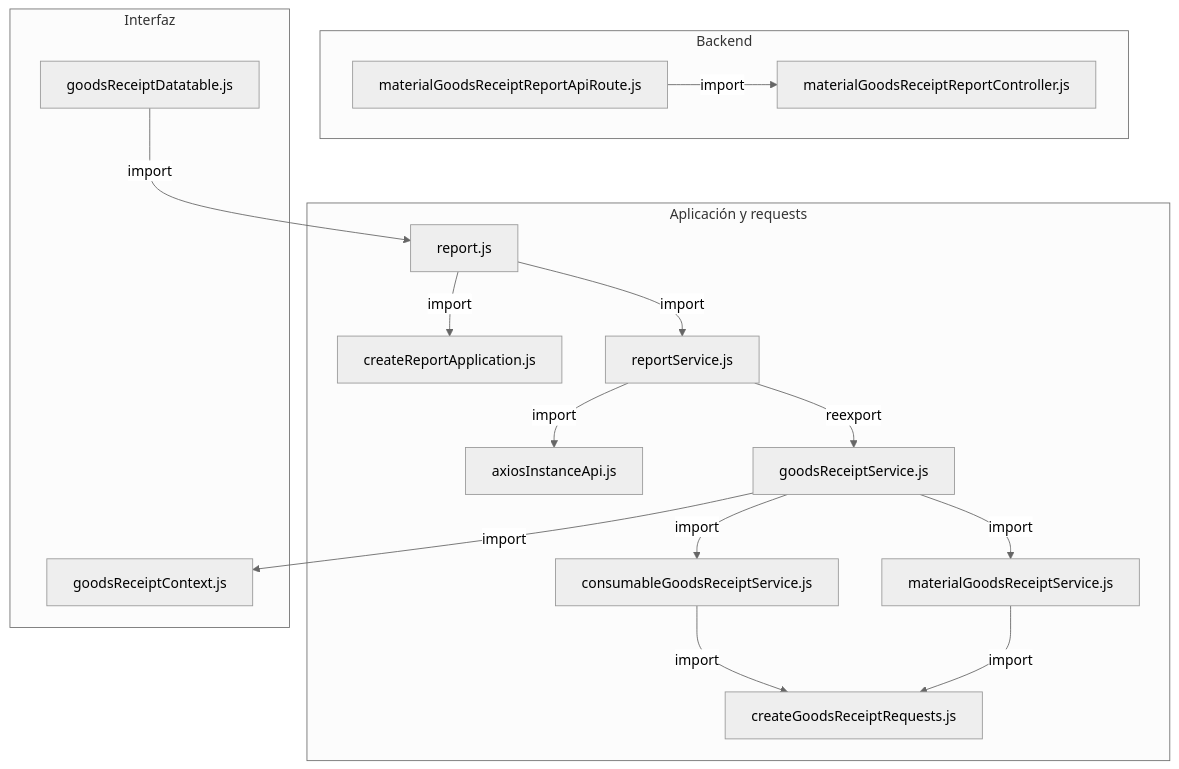
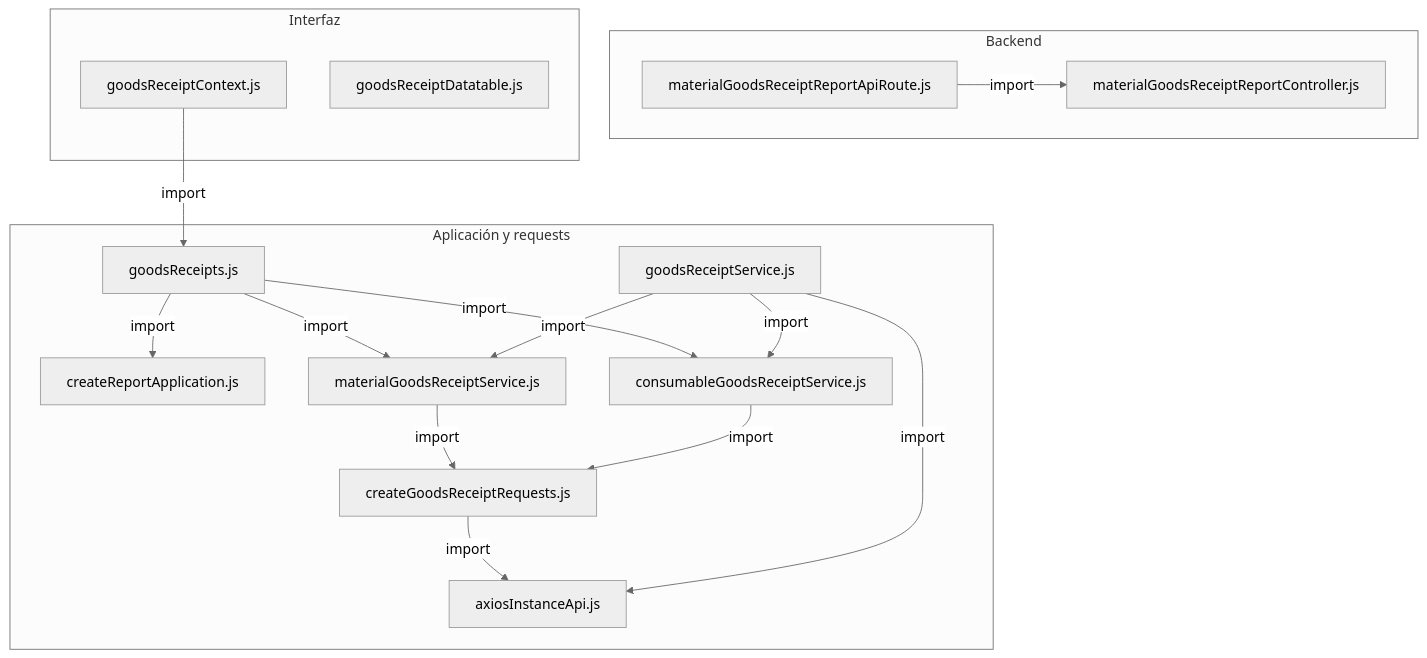
Before and after one commit to gpgsistemas01/nexus: the first of 4 diagrams in docs/architecture/views/processes/frontend-code-sequences/purchases/cu-ent-06.md, drawn with Mermaid (neutral theme). The commit also changed other lines of this file and 200 other files, not shown here.

````diff
--- a/docs/architecture/views/processes/frontend-code-sequences/purchases/cu-ent-06.md
+++ b/docs/architecture/views/processes/frontend-code-sequences/purchases/cu-ent-06.md
@@ -51,32 +50,31 @@
 ```mermaid
 flowchart TB
     subgraph Component0["Backend"]
         FileMaterialGoodsReceiptReportController["materialGoodsReceiptReportController.js"]
         Transport["materialGoodsReceiptReportApiRoute.js"]
     end
     subgraph Component1["Aplicación y requests"]
         Application["createReportApplication.js"]
-        FileReport["report.js"]
+        FileReport["goodsReceipts.js"]
         HTTP["axiosInstanceApi.js"]
         FileConsumableGoodsReceiptService["consumableGoodsReceiptService.js"]
         Request["createGoodsReceiptRequests.js"]
         FileGoodsReceiptService["goodsReceiptService.js"]
         FileMaterialGoodsReceiptService["materialGoodsReceiptService.js"]
-        FileReportService["reportService.js"]
     end
     subgraph Component2["Interfaz"]
         FileGoodsReceiptContext["goodsReceiptContext.js"]
         View["goodsReceiptDatatable.js"]
     end
-    FileReport -->|import| FileReportService
+    FileConsumableGoodsReceiptService -->|import| Request
+    FileGoodsReceiptService -->|import| FileConsumableGoodsReceiptService
+    FileGoodsReceiptService -->|import| FileMaterialGoodsReceiptService
+    FileGoodsReceiptService -->|import| HTTP
+    FileMaterialGoodsReceiptService -->|import| Request
     FileReport -->|import| Application
-    View -->|import| FileReport
-    FileConsumableGoodsReceiptService -->|import| Request
-    FileGoodsReceiptService -->|import| FileMaterialGoodsReceiptService
-    FileGoodsReceiptService -->|import| FileConsumableGoodsReceiptService
-    FileGoodsReceiptService -->|import| FileGoodsReceiptContext
-    FileMaterialGoodsReceiptService -->|import| Request
-    FileReportService -->|import| HTTP
-    FileReportService -->|reexport| FileGoodsReceiptService
+    FileReport -->|import| FileMaterialGoodsReceiptService
+    FileReport -->|import| FileConsumableGoodsReceiptService
+    FileGoodsReceiptContext -->|import| FileReport
+    Request -->|import| HTTP
     Transport -->|import| FileMaterialGoodsReceiptReportController
 ```
````
